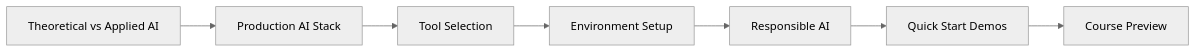
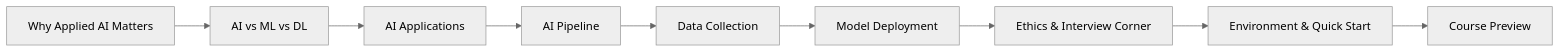
The first of 3 diagrams in docs/courses/applied-ai/01-introduction.md (Raushan666java/ai-engineering-journey), drawn with Mermaid (neutral theme) before and after one commit. The commit also changed other lines of this file and 3 other files, not shown here.

````diff
--- a/docs/courses/applied-ai/01-introduction.md
+++ b/docs/courses/applied-ai/01-introduction.md
@@ -27,9 +31,11 @@
 ```mermaid
 flowchart LR
-    A[Theoretical vs Applied AI] --> B[Production AI Stack]
-    B --> C[Tool Selection]
-    C --> D[Environment Setup]
-    D --> E[Responsible AI]
-    E --> F[Quick Start Demos]
-    F --> G[Course Preview]
+    A[Why Applied AI Matters] --> B[AI vs ML vs DL]
+    B --> C[AI Applications]
+    C --> D[AI Pipeline]
+    D --> E[Data Collection]
+    E --> F[Model Deployment]
+    F --> G[Ethics & Interview Corner]
+    G --> H[Environment & Quick Start]
+    H --> I[Course Preview]
 ```
````
